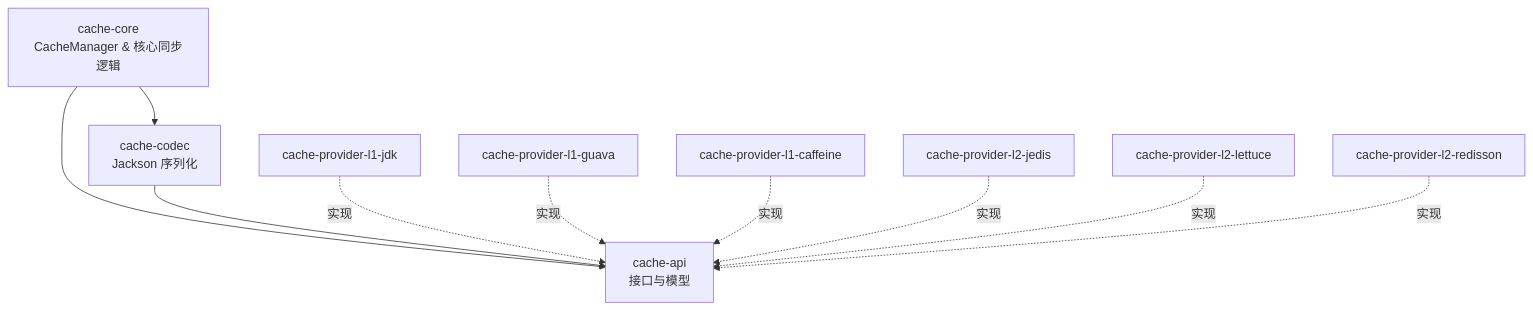
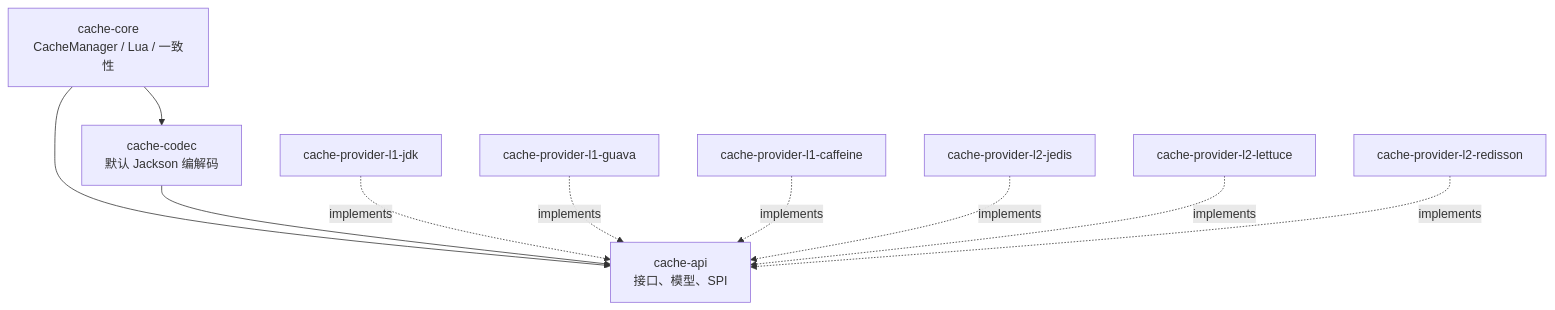
The first of 7 diagrams in README.md (dk900912/multi-tier-cache-framework), drawn with Mermaid before and after one commit. The commit also changed other lines of this file and 42 other files, not shown here.

Commit message:
feat: harden cache consistency flow

````diff
--- a/README.md
+++ b/README.md
@@ -146,26 +81,26 @@
 ```mermaid
 graph TD
-    api[cache-api<br>接口与模型]
-    codec[cache-codec<br>Jackson 序列化]
-    core[cache-core<br>CacheManager & 核心同步逻辑]
-    
-    l1_jdk[cache-provider-l1-jdk]
-    l1_guava[cache-provider-l1-guava]
-    l1_caffeine[cache-provider-l1-caffeine]
-    
-    l2_jedis[cache-provider-l2-jedis]
-    l2_lettuce[cache-provider-l2-lettuce]
-    l2_redisson[cache-provider-l2-redisson]
+    api[cache-api<br/>接口、模型、SPI]
+    codec[cache-codec<br/>默认 Jackson 编解码]
+    core[cache-core<br/>CacheManager / Lua / 一致性]
+
+    l1jdk[cache-provider-l1-jdk]
+    l1guava[cache-provider-l1-guava]
+    l1caffeine[cache-provider-l1-caffeine]
+
+    l2jedis[cache-provider-l2-jedis]
+    l2lettuce[cache-provider-l2-lettuce]
+    l2redisson[cache-provider-l2-redisson]
 
     core --> api
     codec --> api
     core --> codec
-    
-    l1_jdk -. 实现 .-> api
-    l1_guava -. 实现 .-> api
-    l1_caffeine -. 实现 .-> api
-    
-    l2_jedis -. 实现 .-> api
-    l2_lettuce -. 实现 .-> api
-    l2_redisson -. 实现 .-> api
+
+    l1jdk -.implements.-> api
+    l1guava -.implements.-> api
+    l1caffeine -.implements.-> api
+
+    l2jedis -.implements.-> api
+    l2lettuce -.implements.-> api
+    l2redisson -.implements.-> api
 ```
````
